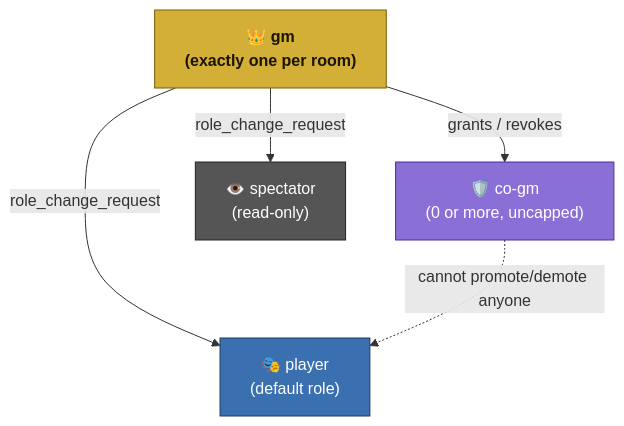
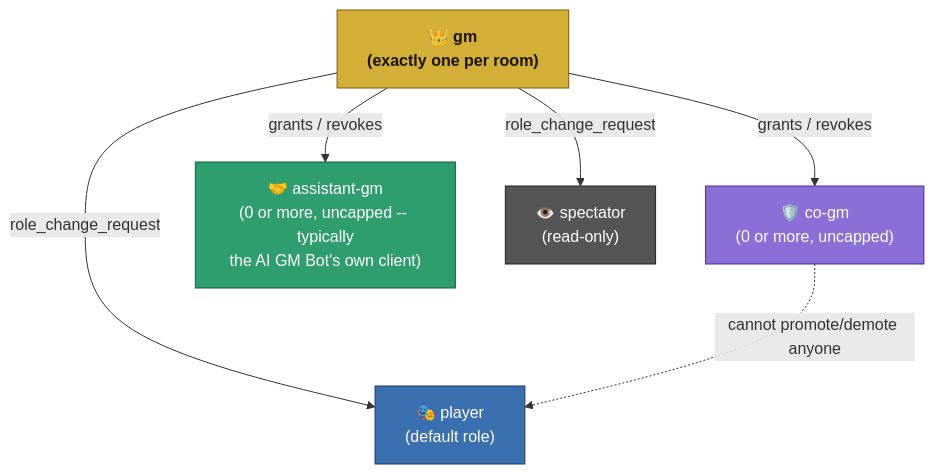
The first of 3 diagrams in utilities/javascript/fates-edge-socket-server/ROLES.md (Chronophage-net/fates-edge-apps), drawn with Mermaid before and after one commit. The commit also changed other lines of this file and 11 other files, not shown here.

````diff
--- a/utilities/javascript/fates-edge-socket-server/ROLES.md
+++ b/utilities/javascript/fates-edge-socket-server/ROLES.md
@@ -11,21 +11,25 @@
 ```mermaid
 flowchart TD
     GM["👑 gm\n(exactly one per room)"]
     COGM["🛡️ co-gm\n(0 or more, uncapped)"]
+    ASSIST["🤝 assistant-gm\n(0 or more, uncapped -- typically\nthe AI GM Bot's own client)"]
     PLAYER["🎭 player\n(default role)"]
     SPEC["👁️ spectator\n(read-only)"]
 
     GM -- "grants / revokes" --> COGM
+    GM -- "grants / revokes" --> ASSIST
     GM -- "role_change_request" --> PLAYER
     GM -- "role_change_request" --> SPEC
     COGM -. "cannot promote/demote anyone" .-> PLAYER
 
     classDef gm fill:#d4af37,stroke:#7a5c00,color:#1a1400,font-weight:bold;
     classDef cogm fill:#8a6fd6,stroke:#4a2f9e,color:#fff;
+    classDef assist fill:#2f9e6f,stroke:#155c3f,color:#fff;
     classDef player fill:#3a6fb0,stroke:#1a3a66,color:#fff;
     classDef spec fill:#555,stroke:#222,color:#fff;
     class GM gm;
     class COGM cogm;
+    class ASSIST assist;
     class PLAYER player;
     class SPEC spec;
 ```
````
